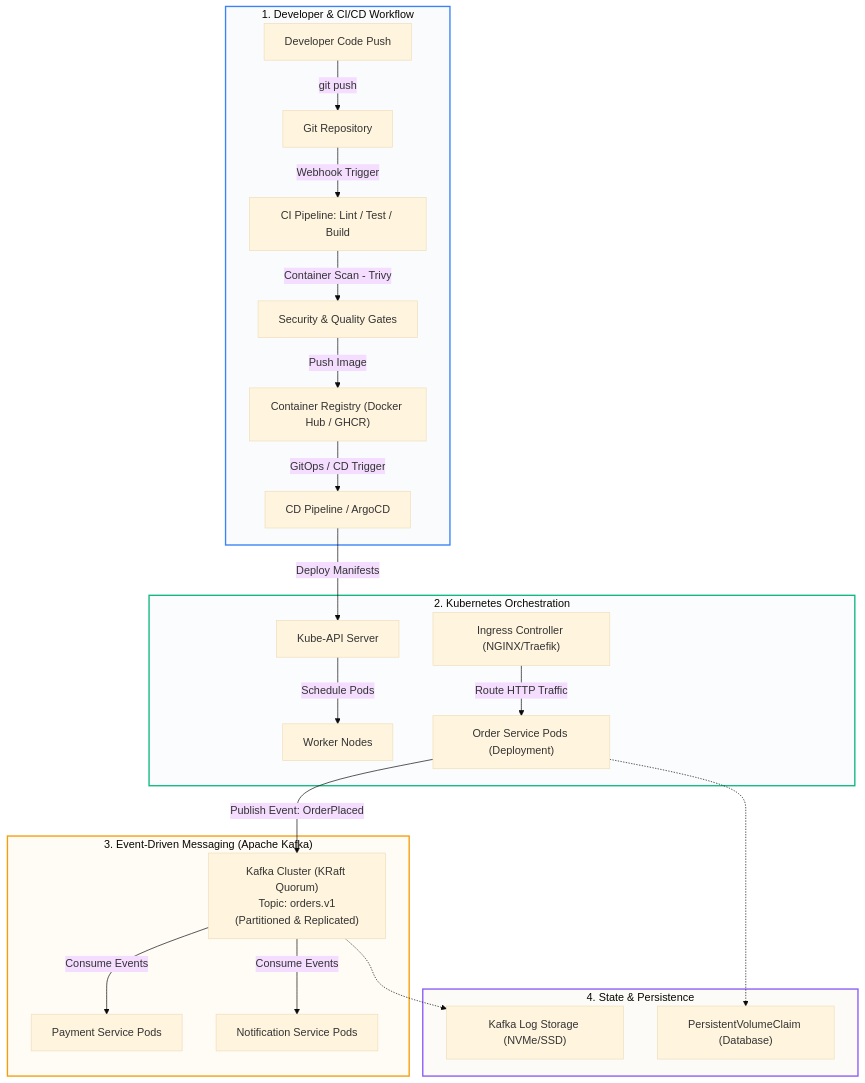
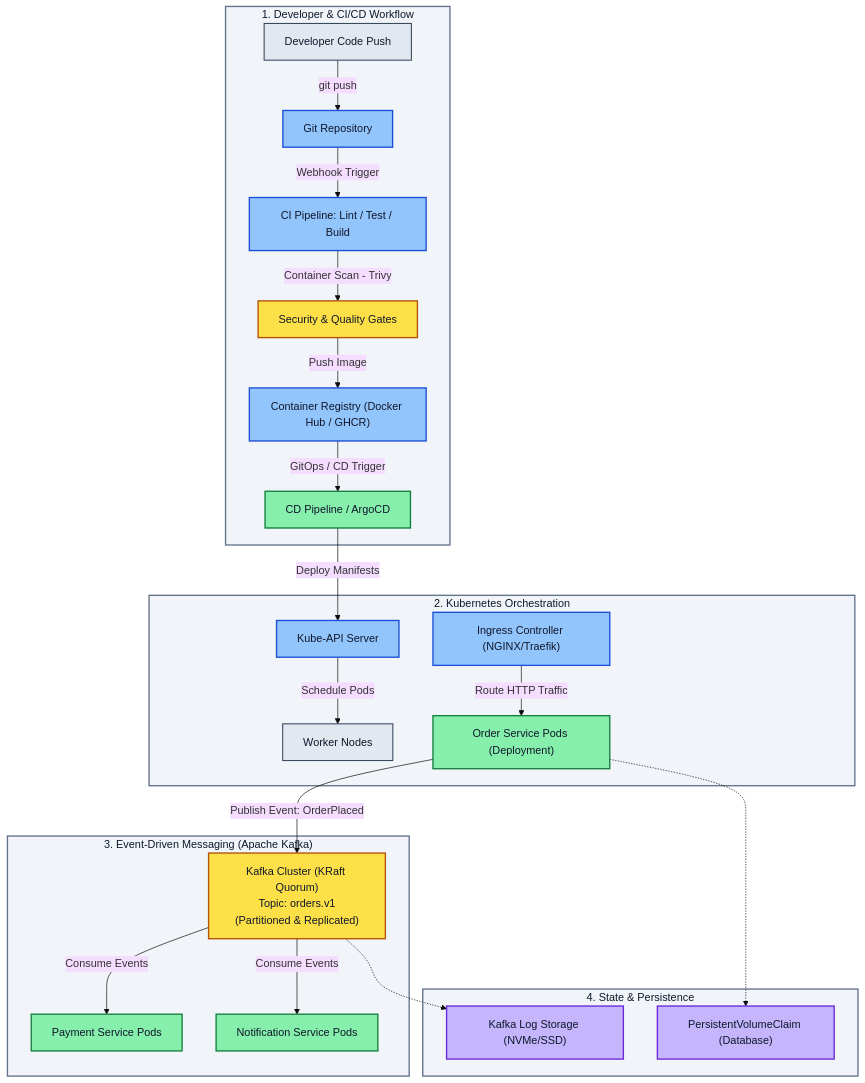
The second of 3 diagrams in README.md (PandeyKishan/Study-Notes), drawn with Mermaid (base theme) before and after one commit. The commit also changed other lines of this file and 22 other files, not shown here.

Commit message:
docs: enhance diagram visibility with high-contrast palette and add concise book definitions

````diff
--- a/README.md
+++ b/README.md
@@ -48,32 +49,47 @@
 ```mermaid
 flowchart TD
     subgraph Developer_Workflow["1. Developer & CI/CD Workflow"]
         Dev["Developer Code Push"] -->|git push| GH["Git Repository"]
         GH -->|Webhook Trigger| CI["CI Pipeline: Lint / Test / Build"]
         CI -->|Container Scan - Trivy| Sec["Security & Quality Gates"]
         Sec -->|Push Image| Reg["Container Registry (Docker Hub / GHCR)"]
         Reg -->|GitOps / CD Trigger| CD["CD Pipeline / ArgoCD"]
     end
 
     subgraph Kubernetes_Cluster["2. Kubernetes Orchestration"]
         CD -->|Deploy Manifests| K8sAPI["Kube-API Server"]
         K8sAPI -->|Schedule Pods| Nodes["Worker Nodes"]
         Ingress["Ingress Controller (NGINX/Traefik)"] -->|Route HTTP Traffic| SvcA["Order Service Pods (Deployment)"]
     end
 
     subgraph Messaging_Fabric["3. Event-Driven Messaging (Apache Kafka)"]
         SvcA -->|Publish Event: OrderPlaced| KafkaTopic["Kafka Cluster (KRaft Quorum)\nTopic: orders.v1\n(Partitioned & Replicated)"]
         KafkaTopic -->|Consume Events| SvcB["Payment Service Pods"]
         KafkaTopic -->|Consume Events| SvcC["Notification Service Pods"]
     end
 
     subgraph Storage_Layer["4. State & Persistence"]
         SvcA -.-> PVC1["PersistentVolumeClaim (Database)"]
         KafkaTopic -.-> PVC2["Kafka Log Storage (NVMe/SSD)"]
     end
 
-    style Developer_Workflow fill:#f9fbfd,stroke:#3b82f6,stroke-width:2px
-    style Kubernetes_Cluster fill:#fbfcfd,stroke:#10b981,stroke-width:2px
-    style Messaging_Fabric fill:#fffbf5,stroke:#f59e0b,stroke-width:2px
-    style Storage_Layer fill:#fdfbf7,stroke:#8b5cf6,stroke-width:2px
+    style Developer_Workflow fill:#f1f5f9,stroke:#64748b,stroke-width:2px,color:#0f172a
+    style Kubernetes_Cluster fill:#f1f5f9,stroke:#64748b,stroke-width:2px,color:#0f172a
+    style Messaging_Fabric fill:#f1f5f9,stroke:#64748b,stroke-width:2px,color:#0f172a
+    style Storage_Layer fill:#f1f5f9,stroke:#64748b,stroke-width:2px,color:#0f172a
+    style Dev fill:#e2e8f0,stroke:#334155,stroke-width:1.5px,color:#0f172a
+    style GH fill:#93c5fd,stroke:#1d4ed8,stroke-width:2px,color:#0f172a
+    style CI fill:#93c5fd,stroke:#1d4ed8,stroke-width:2px,color:#0f172a
+    style Sec fill:#fde047,stroke:#b45309,stroke-width:2px,color:#0f172a
+    style Reg fill:#93c5fd,stroke:#1d4ed8,stroke-width:2px,color:#0f172a
+    style CD fill:#86efac,stroke:#15803d,stroke-width:2px,color:#0f172a
+    style K8sAPI fill:#93c5fd,stroke:#1d4ed8,stroke-width:2px,color:#0f172a
+    style Nodes fill:#e2e8f0,stroke:#334155,stroke-width:1.5px,color:#0f172a
+    style Ingress fill:#93c5fd,stroke:#1d4ed8,stroke-width:2px,color:#0f172a
+    style SvcA fill:#86efac,stroke:#15803d,stroke-width:2px,color:#0f172a
+    style KafkaTopic fill:#fde047,stroke:#b45309,stroke-width:2px,color:#0f172a
+    style SvcB fill:#86efac,stroke:#15803d,stroke-width:2px,color:#0f172a
+    style SvcC fill:#86efac,stroke:#15803d,stroke-width:2px,color:#0f172a
+    style PVC1 fill:#c4b5fd,stroke:#6d28d9,stroke-width:2px,color:#0f172a
+    style PVC2 fill:#c4b5fd,stroke:#6d28d9,stroke-width:2px,color:#0f172a
 ```
````
